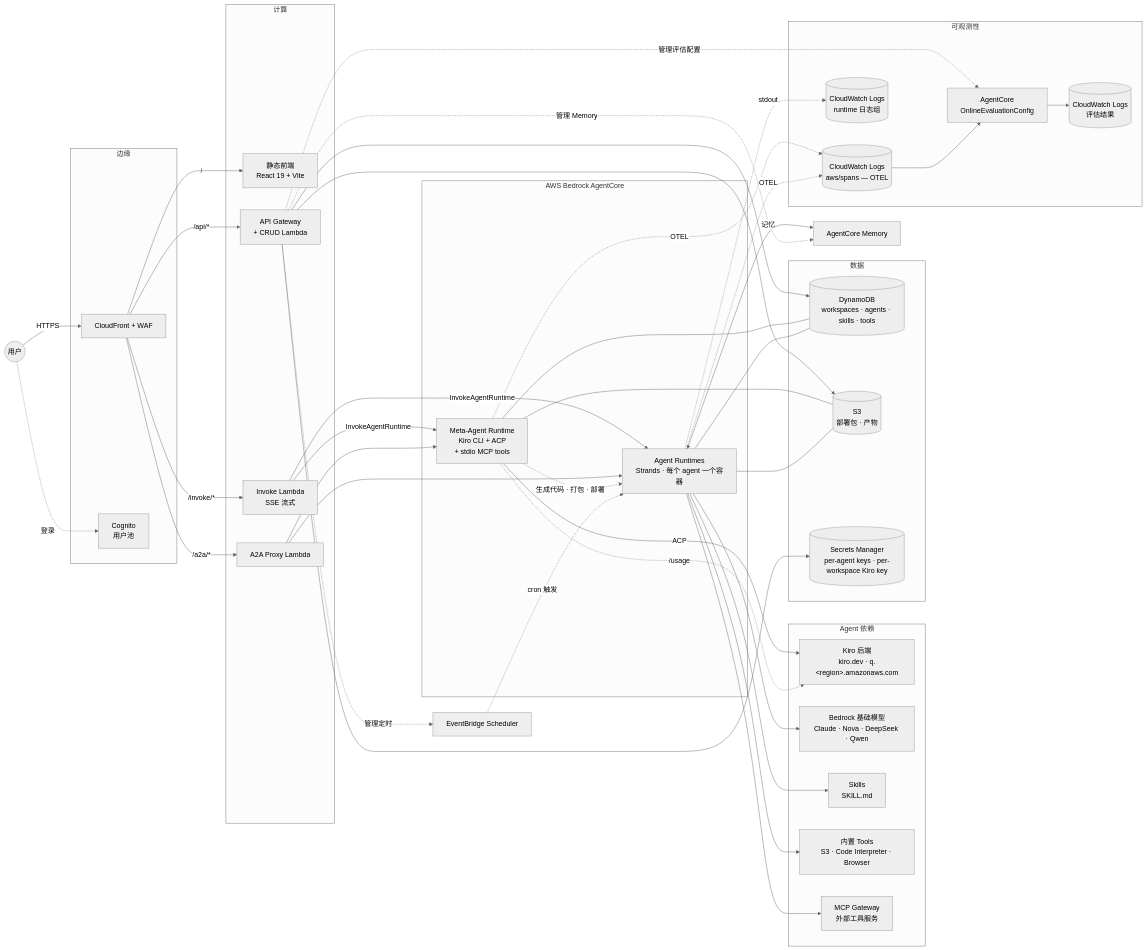
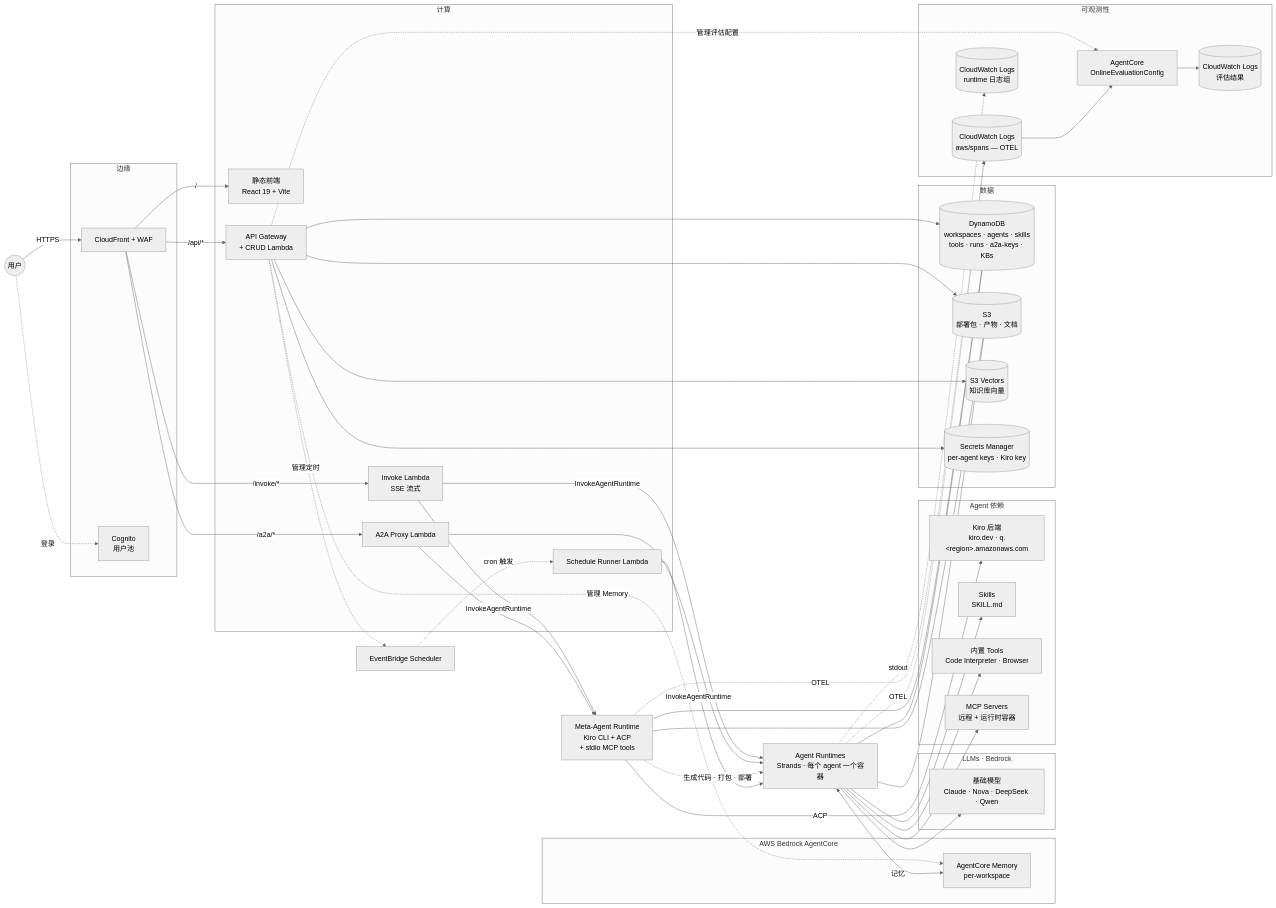
One commit to ddpie/agent-studio changed the first of 2 diagrams in docs/architecture.md. Above: the diagram before and after it, drawn with Mermaid (neutral theme). The commit also changed other lines of this file, not shown here.

First line of the commit message:
docs(arch): rewrite architecture.md with full system audit

```diff
--- a/docs/architecture.md
+++ b/docs/architecture.md
@@ -18,25 +18,31 @@
         API[API Gateway<br/>+ CRUD Lambda]
         Invoke[Invoke Lambda<br/>SSE 流式]
         A2A[A2A Proxy Lambda]
+        SchedRunner[Schedule Runner Lambda]
     end
 
     subgraph AgentCore["AWS Bedrock AgentCore"]
         Meta[Meta-Agent Runtime<br/>Kiro CLI + ACP<br/>+ stdio MCP tools]
         Agents[Agent Runtimes<br/>Strands · 每个 agent 一个容器]
+        Memory[AgentCore Memory<br/>per-workspace]
+    end
+
+    subgraph LLMs["LLMs · Bedrock"]
+        Bedrock[基础模型<br/>Claude · Nova · DeepSeek · Qwen]
     end
 
     subgraph Outbound["Agent 依赖"]
         Kiro[Kiro 后端<br/>kiro.dev · q.&lt;region&gt;.amazonaws.com]
-        Bedrock[Bedrock 基础模型<br/>Claude · Nova · DeepSeek · Qwen]
         Skills[Skills<br/>SKILL.md]
-        Tools[内置 Tools<br/>S3 · Code Interpreter · Browser]
-        MCP[MCP Gateway<br/>外部工具服务]
+        Tools[内置 Tools<br/>Code Interpreter · Browser]
+        MCP[MCP Servers<br/>远程 + 运行时容器]
     end
 
     subgraph Data[数据]
-        DDB[(DynamoDB<br/>workspaces · agents · skills · tools)]
-        S3[(S3<br/>部署包 · 产物)]
-        Secrets[(Secrets Manager<br/>per-agent keys · per-workspace Kiro key)]
+        DDB[(DynamoDB<br/>workspaces · agents · skills<br/>tools · runs · a2a-keys · KBs)]
+        S3[(S3<br/>部署包 · 产物 · 文档)]
+        S3V[(S3 Vectors<br/>知识库向量)]
+        Secrets[(Secrets Manager<br/>per-agent keys · Kiro key)]
     end
 
     subgraph Observability[可观测性]
@@ -58,8 +64,10 @@
     API --> DDB
     API --> S3
     API --> Secrets
+    API --> S3V
     API -.管理定时.-> EB
     API -.管理评估配置.-> Eval
+    API -.管理 Memory.-> Memory
     Invoke -->|InvokeAgentRuntime| Meta
     Invoke -->|InvokeAgentRuntime| Agents
     A2A --> Meta
@@ -69,19 +77,17 @@
     Meta --- DDB
     Meta --- S3
     Meta -->|ACP| Kiro
-    Meta -.-> |/usage| Kiro
 
     Agents --> Bedrock
     Agents --> Skills
     Agents --> Tools
     Agents --> MCP
-    Agents <-->|记忆| Memory[AgentCore Memory]
+    Agents <-->|记忆| Memory
     Agents --- DDB
     Agents --- S3
 
-    API -.管理 Memory.-> Memory
-
-    EB -.cron 触发.-> Agents
+    EB -.cron 触发.-> SchedRunner
+    SchedRunner -->|InvokeAgentRuntime| Agents
 
     Meta -.OTEL.-> Spans
     Agents -.OTEL.-> Spans
```
